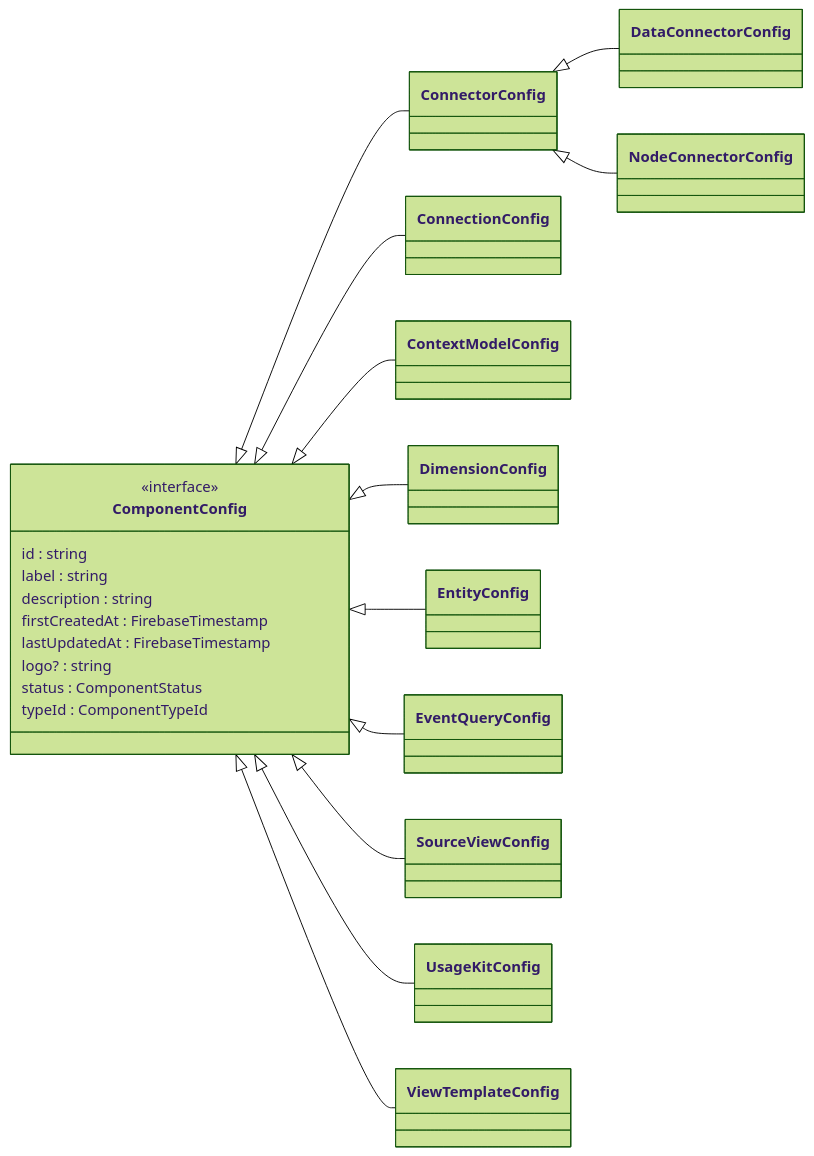
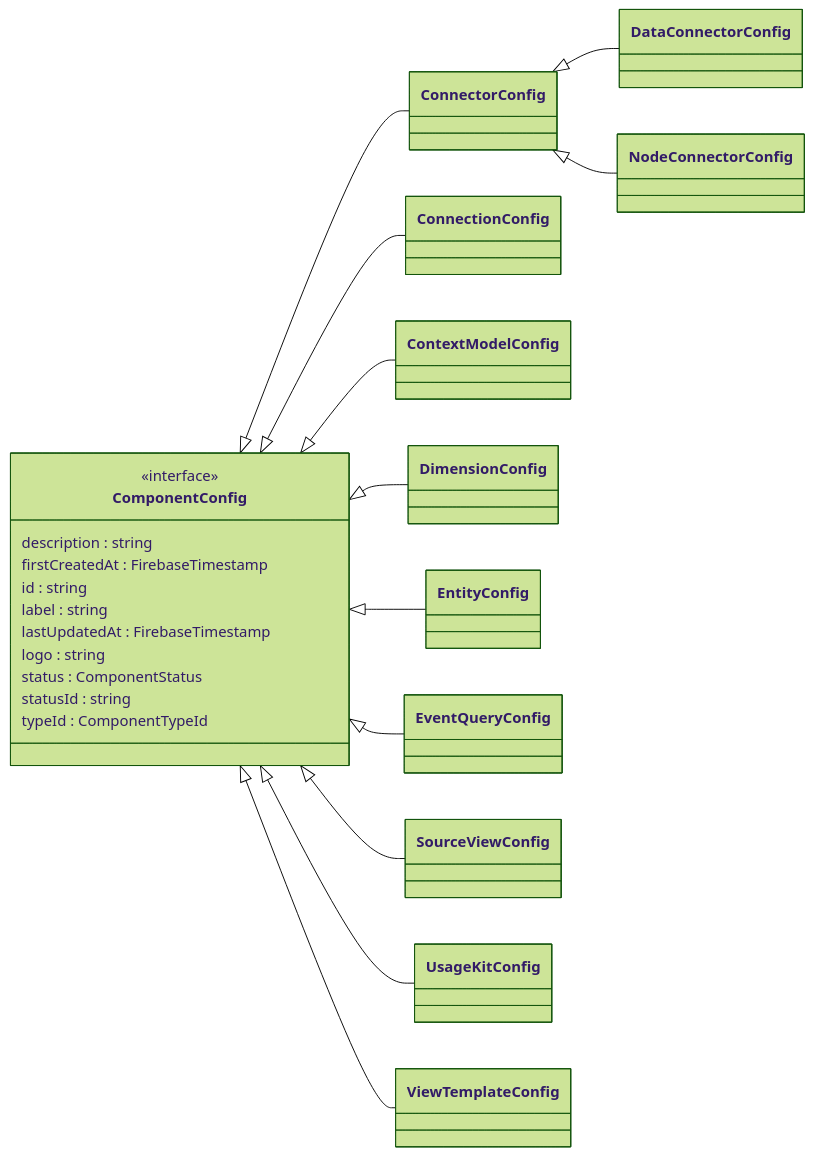
One commit to data-positioning/datapos-shared changed the first of 22 diagrams in README.md. Above: the diagram before and after it, drawn with Mermaid (forest theme). The commit also changed other lines of this file and 3 other files, not shown here.

````diff
--- a/README.md
+++ b/README.md
@@ -17,28 +17,29 @@
 ```mermaid
 classDiagram
     direction LR
 
     class ComponentConfig {
         <<interface>>
+        description : string
+        firstCreatedAt : FirebaseTimestamp
         id : string
         label : string
-        description : string
-        firstCreatedAt : FirebaseTimestamp
         lastUpdatedAt : FirebaseTimestamp
-        logo? : string
+        logo : string
         status : ComponentStatus
+        statusId : string
         typeId : ComponentTypeId
     }
 
     ComponentConfig <|-- ConnectorConfig
     ConnectorConfig <|-- DataConnectorConfig
     ConnectorConfig <|-- NodeConnectorConfig
     ComponentConfig <|-- ConnectionConfig
     ComponentConfig <|-- ContextModelConfig
     ComponentConfig <|-- DimensionConfig
     ComponentConfig <|-- EntityConfig
     ComponentConfig <|-- EventQueryConfig
     ComponentConfig <|-- SourceViewConfig
     ComponentConfig <|-- UsageKitConfig
     ComponentConfig <|-- ViewTemplateConfig
 ```
````
